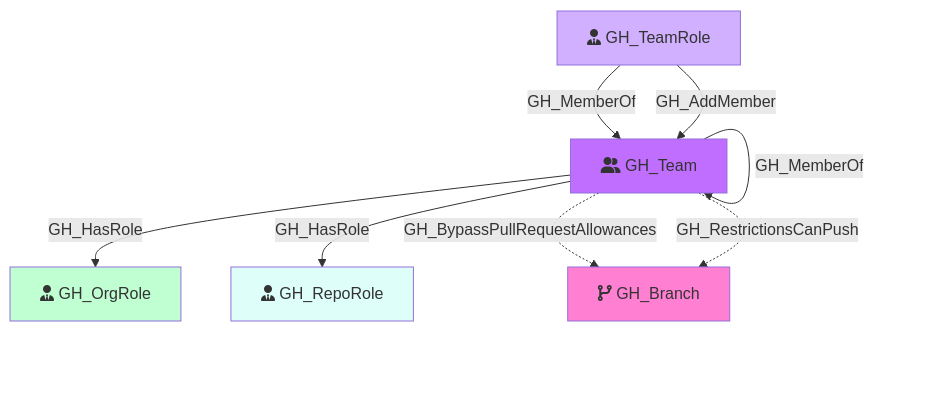
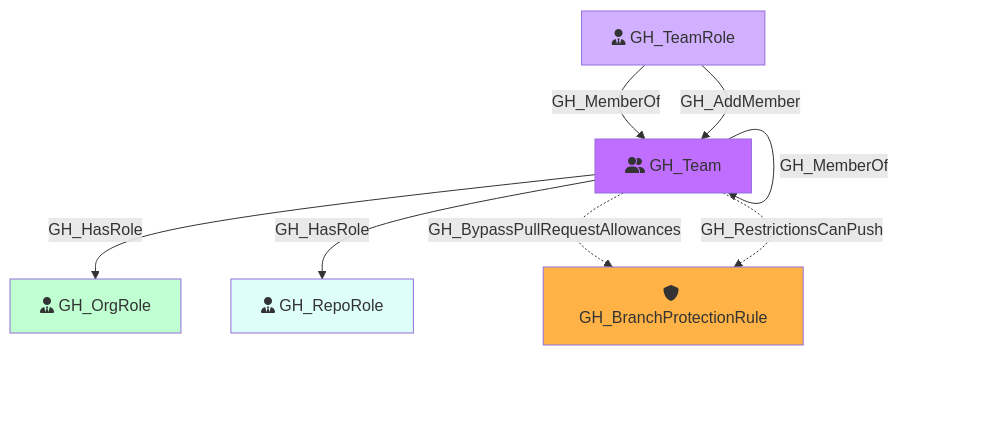
The diagram in Documentation/Nodes/GH_Team.md (SpecterOps/GitHound), drawn with Mermaid before and after one commit. The commit also changed other lines of this file and 10 other files, not shown here.

````diff
--- a/Documentation/Nodes/GH_Team.md
+++ b/Documentation/Nodes/GH_Team.md
@@ -41,22 +43,22 @@
 ```mermaid
 flowchart TD
     GH_Team[fa:fa-user-group GH_Team]
     GH_OrgRole[fa:fa-user-tie GH_OrgRole]
     GH_RepoRole[fa:fa-user-tie GH_RepoRole]
     GH_TeamRole[fa:fa-user-tie GH_TeamRole]
-    GH_Branch[fa:fa-code-branch GH_Branch]
+    GH_BranchProtectionRule[fa:fa-shield GH_BranchProtectionRule]
 
     style GH_Team fill:#C06EFF
     style GH_OrgRole fill:#BFFFD1
     style GH_RepoRole fill:#DEFEFA
     style GH_TeamRole fill:#D0B0FF
-    style GH_Branch fill:#FF80D2
+    style GH_BranchProtectionRule fill:#FFB347
 
     GH_Team -->|GH_MemberOf| GH_Team
     GH_Team -->|GH_HasRole| GH_OrgRole
     GH_Team -->|GH_HasRole| GH_RepoRole
-    GH_Team -.->|GH_BypassPullRequestAllowances| GH_Branch
-    GH_Team -.->|GH_RestrictionsCanPush| GH_Branch
+    GH_Team -.->|GH_BypassPullRequestAllowances| GH_BranchProtectionRule
+    GH_Team -.->|GH_RestrictionsCanPush| GH_BranchProtectionRule
     GH_TeamRole -->|GH_MemberOf| GH_Team
     GH_TeamRole -->|GH_AddMember| GH_Team
 ```
````
